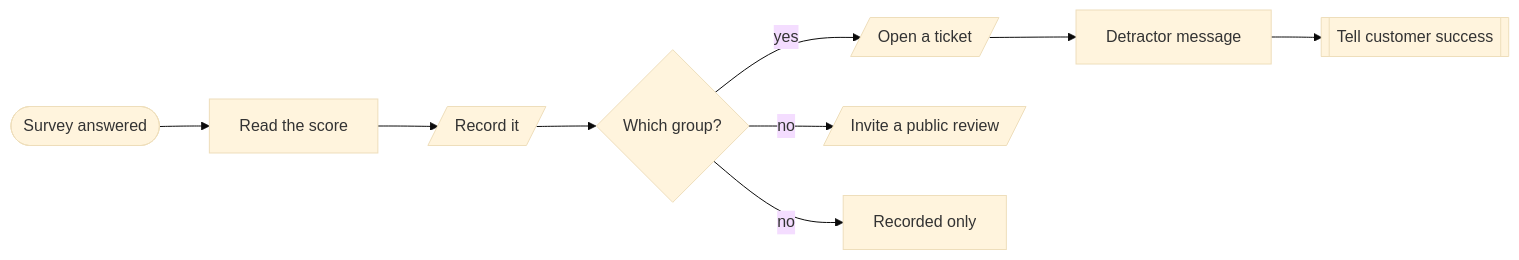
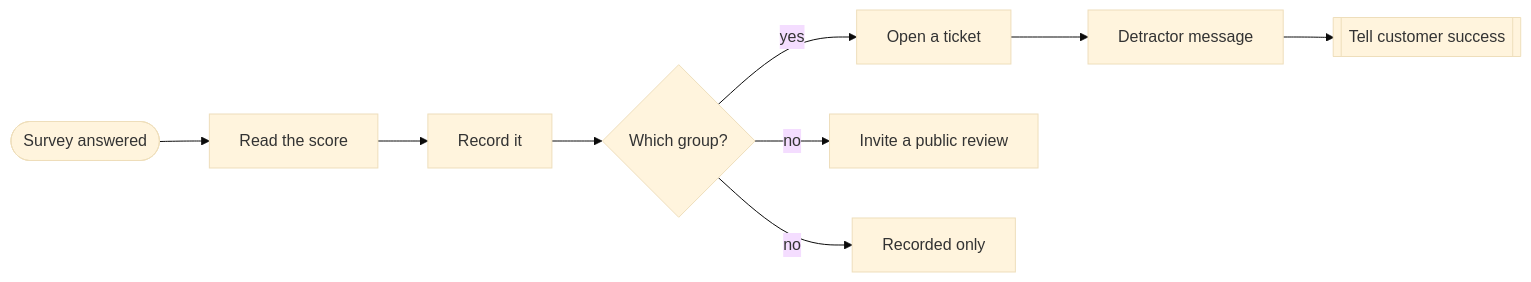
One commit to kimjoshuadr/n8n-workflows changed the fourth of 5 diagrams in workflows/sales/README.md. Above: the diagram before and after it, drawn with Mermaid (base theme). The commit also changed other lines of this file and 184 other files, not shown here.

Commit message:
Finish the move to named platforms: blocks, BambooHR, generated README, schema and platform marks

````diff
--- a/workflows/sales/README.md
+++ b/workflows/sales/README.md
@@ -163,20 +161,20 @@
 ```mermaid
 flowchart LR
   n1srs3j0(["Survey answered"])
   ntyneo["Read the score"]
-  nqtm42b[/"Record it"/]
+  nqtm42b["Record it"]
   n1cjieui{"Which group?"}
-  nb970my[/"Open a ticket"/]
+  nb970my["Open a ticket"]
   n4hupti["Detractor message"]
   nzg2gll[["Tell customer success"]]
-  n16i6jb4[/"Invite a public review"/]
+  n16i6jb4["Invite a public review"]
   nie2dsl["Recorded only"]
   n1srs3j0 --> ntyneo
   ntyneo --> nqtm42b
   nqtm42b --> n1cjieui
   n1cjieui -->|yes| nb970my
   nb970my --> n4hupti
   n4hupti --> nzg2gll
   n1cjieui -->|no| n16i6jb4
   n1cjieui -->|no| nie2dsl
 ```
````
